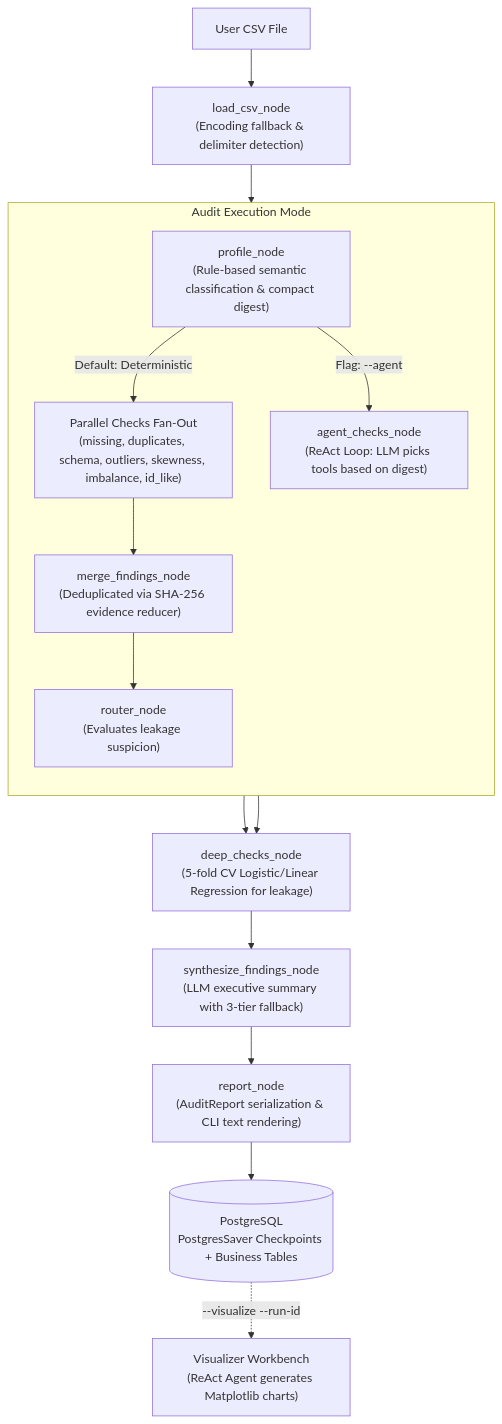
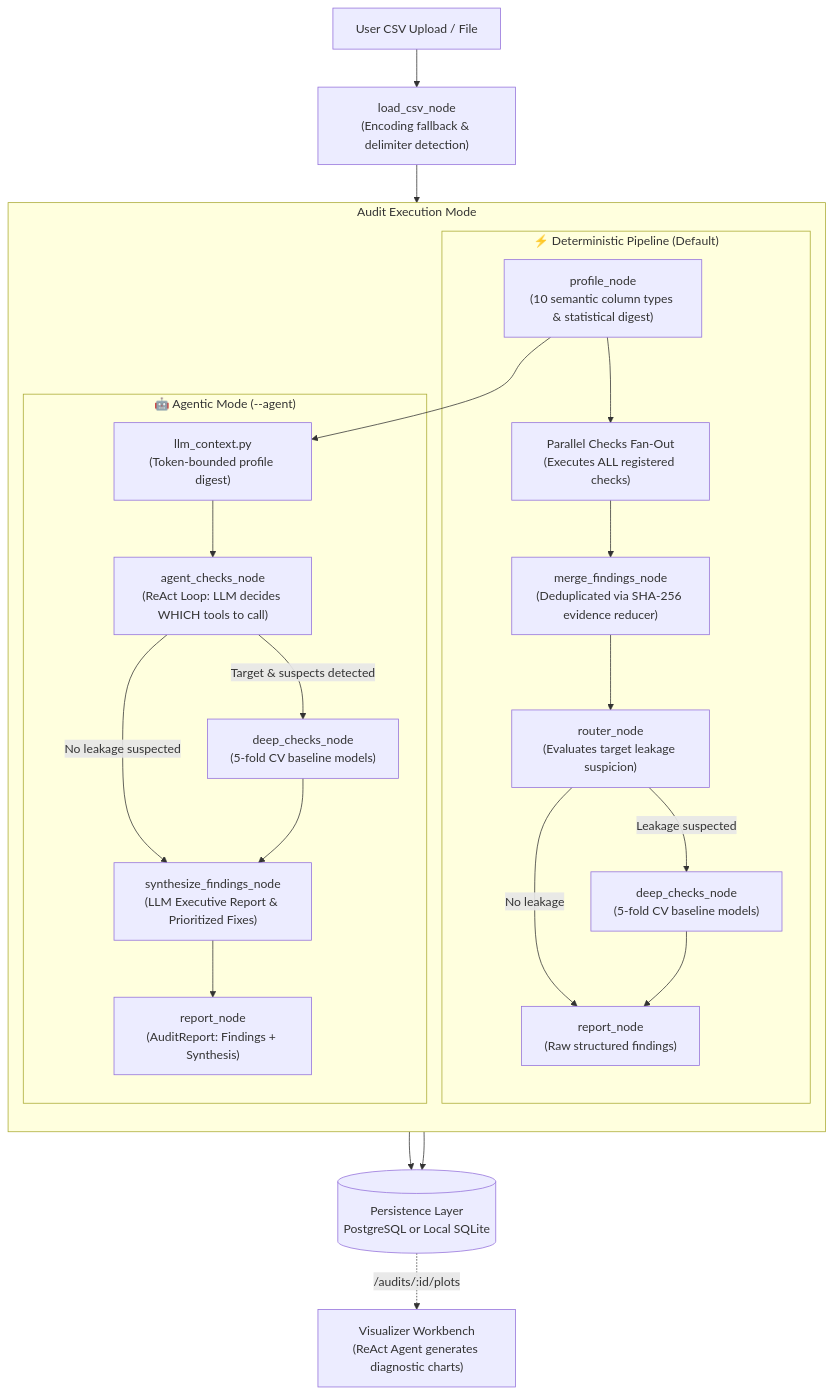
One commit to ezekielkharkongor08/data-detective changed the diagram in ARCHITECTURE.md. Above: the diagram before and after it, drawn with Mermaid. The commit also changed other lines of this file and 15 other files, not shown here.

````diff
--- a/ARCHITECTURE.md
+++ b/ARCHITECTURE.md
@@ -25,23 +21,32 @@
 ```mermaid
 flowchart TD
-    CSV["User CSV File"] --> Load["load_csv_node\n(Encoding fallback & delimiter detection)"]
-    Load --> Profile["profile_node\n(Rule-based semantic classification & compact digest)"]
+    CSV["User CSV Upload / File"] --> Load["load_csv_node\n(Encoding fallback & delimiter detection)"]
+    Load --> Profile["profile_node\n(10 semantic column types & statistical digest)"]
     
     subgraph ExecutionModes ["Audit Execution Mode"]
         direction TB
-        Profile -->|Default: Deterministic| FanOut["Parallel Checks Fan-Out\n(missing, duplicates, schema, outliers, skewness, imbalance, id_like)"]
-        FanOut --> Merge["merge_findings_node\n(Deduplicated via SHA-256 evidence reducer)"]
-        Merge --> Router["router_node\n(Evaluates leakage suspicion)"]
         
-        Profile -->|Flag: --agent| Agent["agent_checks_node\n(ReAct Loop: LLM picks tools based on digest)"]
+        subgraph Deterministic ["⚡ Deterministic Pipeline (Default)"]
+            Profile --> FanOut["Parallel Checks Fan-Out\n(Executes ALL registered checks)"]
+            FanOut --> Merge["merge_findings_node\n(Deduplicated via SHA-256 evidence reducer)"]
+            Merge --> Router["router_node\n(Evaluates target leakage suspicion)"]
+            Router -->|Leakage suspected| DeepDet["deep_checks_node\n(5-fold CV baseline models)"]
+            Router -->|No leakage| RepDet["report_node\n(Raw structured findings)"]
+            DeepDet --> RepDet
+        end
+        
+        subgraph Agentic ["🤖 Agentic Mode (--agent)"]
+            Profile --> Digest["llm_context.py\n(Token-bounded profile digest)"]
+            Digest --> ReAct["agent_checks_node\n(ReAct Loop: LLM decides WHICH tools to call)"]
+            ReAct -->|Target & suspects detected| DeepAgent["deep_checks_node\n(5-fold CV baseline models)"]
+            ReAct -->|No leakage suspected| Synth["synthesize_findings_node\n(LLM Executive Report & Prioritized Fixes)"]
+            DeepAgent --> Synth
+            Synth --> RepAgent["report_node\n(AuditReport: Findings + Synthesis)"]
+        end
     end
     
-    Router --> Deep["deep_checks_node\n(5-fold CV Logistic/Linear Regression for leakage)"]
-    Agent --> Deep
+    RepDet --> Storage[("Persistence Layer\nPostgreSQL or Local SQLite")]
+    RepAgent --> Storage
     
-    Deep --> Synth["synthesize_findings_node\n(LLM executive summary with 3-tier fallback)"]
-    Synth --> Report["report_node\n(AuditReport serialization & CLI text rendering)"]
-    Report --> DB[("PostgreSQL\nPostgresSaver Checkpoints + Business Tables")]
-    
-    DB -.->|--visualize --run-id| Viz["Visualizer Workbench\n(ReAct Agent generates Matplotlib charts)"]
+    Storage -.->|/audits/:id/plots| Viz["Visualizer Workbench\n(ReAct Agent generates diagnostic charts)"]
 ```
````
